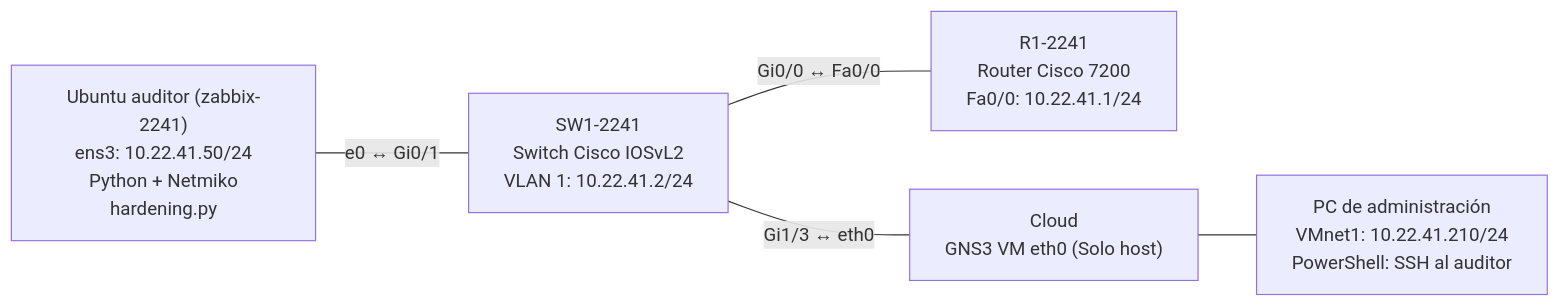
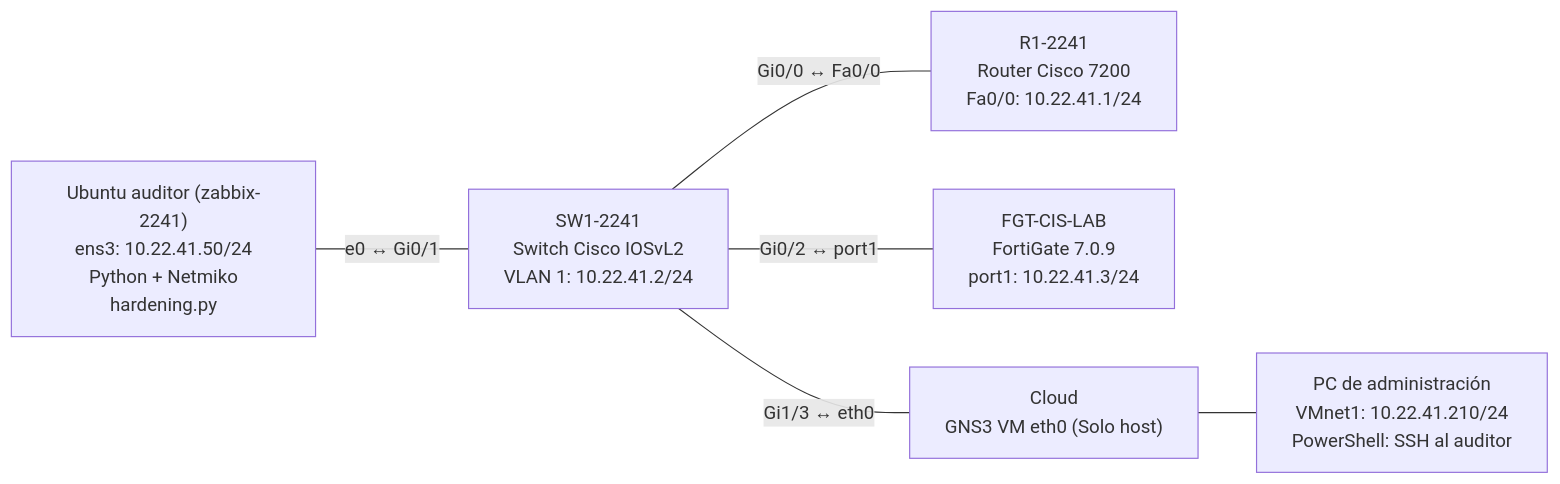
Before and after one commit to 4LB3RTXXX/hardening-cis-2241: the first of 3 diagrams in README.md, drawn with Mermaid. The commit also changed other lines of this file, not shown here.

````diff
--- a/README.md
+++ b/README.md
@@ -127,7 +130,8 @@
 ```mermaid
 flowchart LR
     AUD["Ubuntu auditor (zabbix-2241)<br/>ens3: 10.22.41.50/24<br/>Python + Netmiko<br/>hardening.py"] -- "e0 ↔ Gi0/1" --- SW1["SW1-2241<br/>Switch Cisco IOSvL2<br/>VLAN 1: 10.22.41.2/24"]
     SW1 -- "Gi0/0 ↔ Fa0/0" --- R1["R1-2241<br/>Router Cisco 7200<br/>Fa0/0: 10.22.41.1/24"]
+    SW1 -- "Gi0/2 ↔ port1" --- FW["FGT-CIS-LAB<br/>FortiGate 7.0.9<br/>port1: 10.22.41.3/24"]
     SW1 -- "Gi1/3 ↔ eth0" --- CLD["Cloud<br/>GNS3 VM eth0 (Solo host)"]
     CLD --- PC["PC de administración<br/>VMnet1: 10.22.41.210/24<br/>PowerShell: SSH al auditor"]
 ```
````
